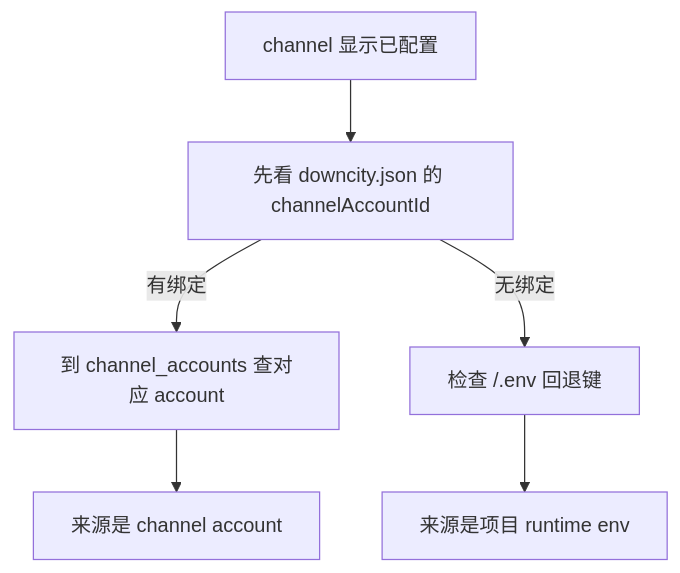
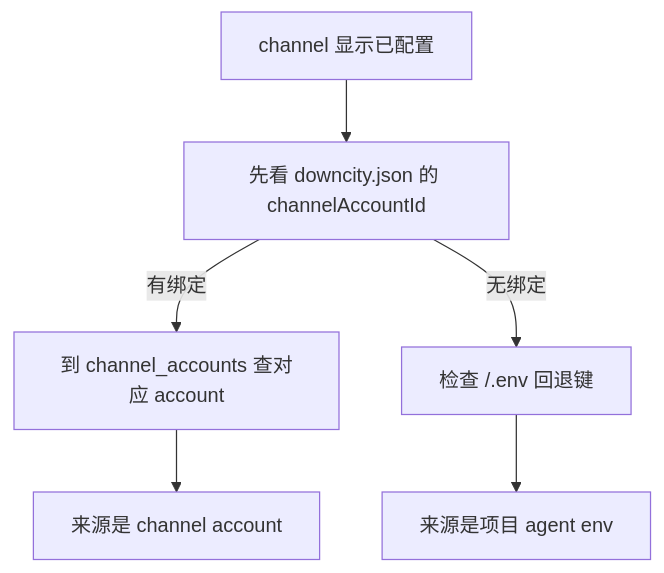
One commit to wangenius/downcity changed the second of 2 diagrams in homepage/content/docs/zh/configuration/environment-variables.mdx. Above: the diagram before and after it, drawn with Mermaid. The commit also changed other lines of this file and 123 other files, not shown here.

````diff
--- a/homepage/content/docs/zh/configuration/environment-variables.mdx
+++ b/homepage/content/docs/zh/configuration/environment-variables.mdx
@@ -111,8 +111,8 @@
 ```mermaid
 flowchart TD
   A["channel 显示已配置"] --> B["先看 downcity.json 的 channelAccountId"]
   B -->|有绑定| C["到 channel_accounts 查对应 account"]
   B -->|无绑定| D["检查 <agent>/.env 回退键"]
   C --> E["来源是 channel account"]
-  D --> F["来源是项目 runtime env"]
+  D --> F["来源是项目 agent env"]
 ```
````
